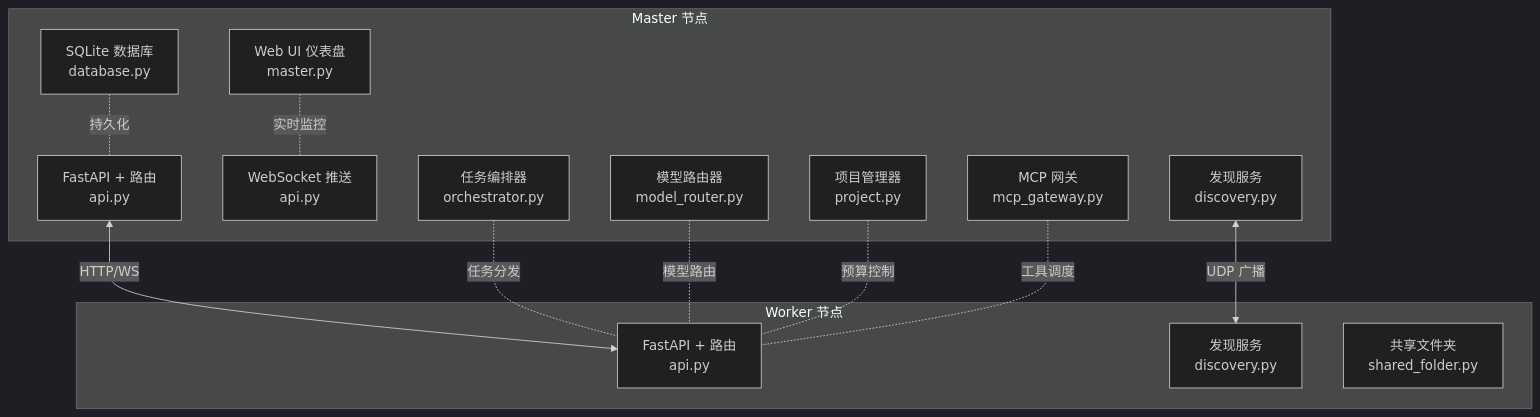
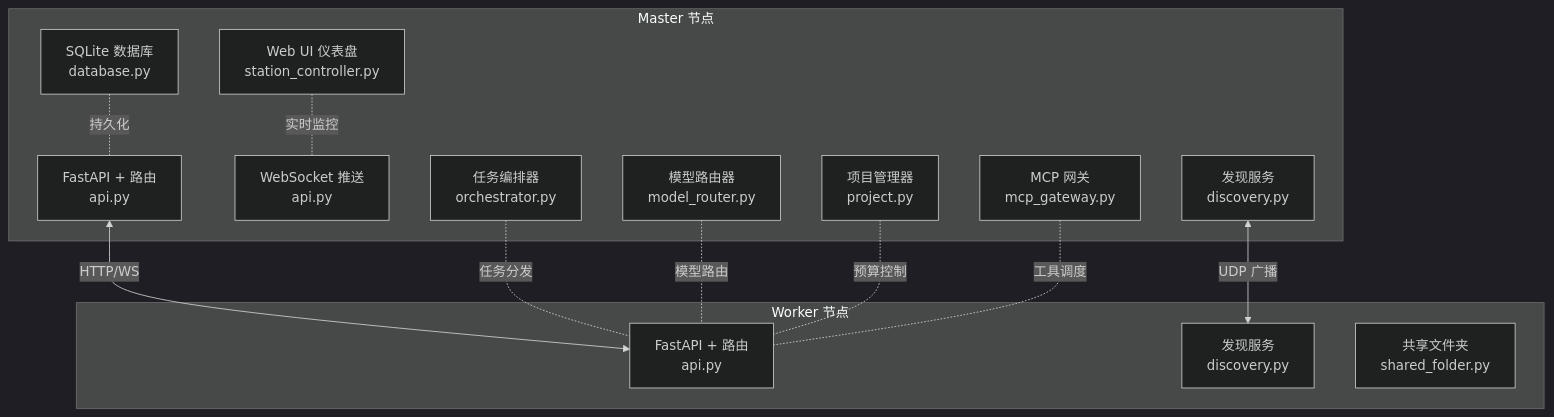
One commit to targalian/Personal-distributed-workstation changed the second of 13 diagrams in .qoder/repowiki/zh/content/项目概述.md. Above: the diagram before and after it, drawn with Mermaid (dark theme). The commit also changed other lines of this file and 63 other files, not shown here.

Commit message:
docs(station): 同步 repo wiki 至 station_controller/station_api 架构

````diff
--- a/.qoder/repowiki/zh/content/项目概述.md
+++ b/.qoder/repowiki/zh/content/项目概述.md
@@ -138,27 +138,27 @@
 ```mermaid
 graph TB
 subgraph "Master 节点"
 M_API["FastAPI + 路由<br/>api.py"]
 M_DB["SQLite 数据库<br/>database.py"]
 M_WS["WebSocket 推送<br/>api.py"]
-M_UI["Web UI 仪表盘<br/>master.py"]
+M_UI["Web UI 仪表盘<br/>station_controller.py"]
 M_ORCH["任务编排器<br/>orchestrator.py"]
 M_DISC["发现服务<br/>discovery.py"]
 M_MR["模型路由器<br/>model_router.py"]
 M_PM["项目管理器<br/>project.py"]
 M_MCP["MCP 网关<br/>mcp_gateway.py"]
 end
 subgraph "Worker 节点"
 W_API["FastAPI + 路由<br/>api.py"]
 W_DISC["发现服务<br/>discovery.py"]
 W_SF["共享文件夹<br/>shared_folder.py"]
 end
 M_DISC <-- "UDP 广播" --> W_DISC
 M_API <-- "HTTP/WS" --> W_API
 M_DB -. "持久化" .- M_API
 M_ORCH -. "任务分发" .- W_API
 M_MR -. "模型路由" .- W_API
 M_PM -. "预算控制" .- W_API
 M_MCP -. "工具调度" .- W_API
 M_UI -. "实时监控" .- M_WS
 ```
````
